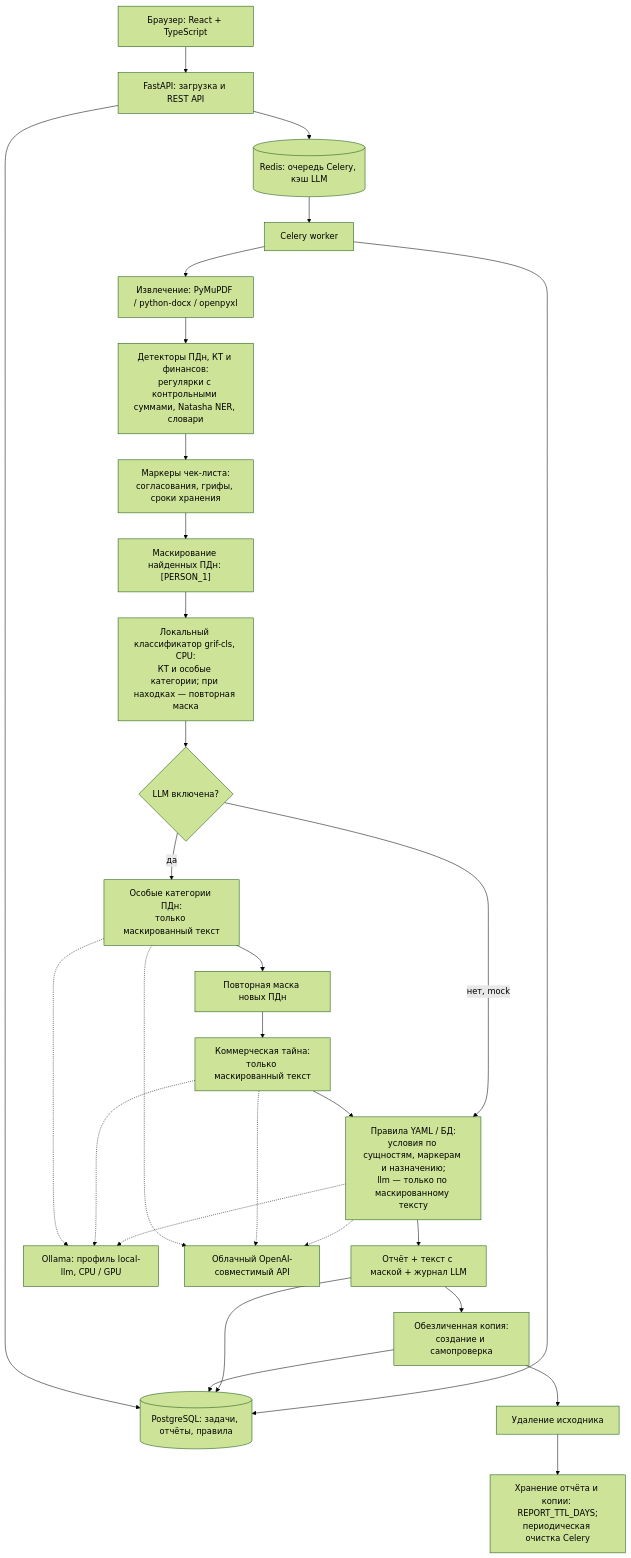
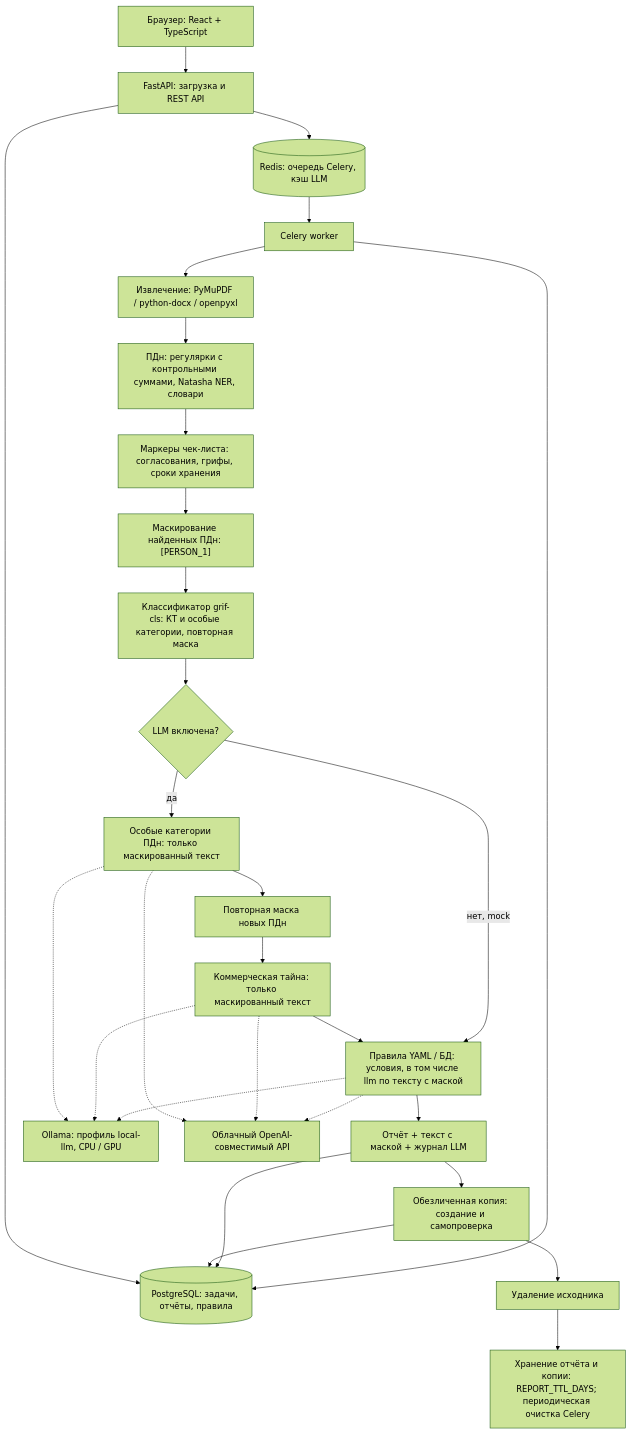
Before and after one commit to TheWoka/L.A.R.P-B2B: the first of 2 diagrams in docs/architecture.md, drawn with Mermaid (forest theme).

Commit message:
T-022c: совместимость схемы Mermaid с GitHub

````diff
--- a/docs/architecture.md
+++ b/docs/architecture.md
@@ -9,31 +9,31 @@
 ```mermaid
-flowchart TB
-    browser["Браузер: React + TypeScript"] --> api["FastAPI: загрузка и REST API"]
-    api --> db[("PostgreSQL: задачи, отчёты, правила")]
-    api --> redis[("Redis: очередь Celery, кэш LLM")]
-    redis --> worker["Celery worker"]
-    worker --> extract["Извлечение: PyMuPDF / python-docx / openpyxl"]
-    extract --> detect["Детекторы ПДн, КТ и финансов:<br/>регулярки с контрольными суммами, Natasha NER, словари"]
-    detect --> markers["Маркеры чек-листа:<br/>согласования, грифы, сроки хранения"]
-    markers --> mask["Маскирование найденных ПДн: [PERSON_1]"]
-    mask --> classifier["Локальный классификатор grif-cls, CPU:<br/>КТ и особые категории; при находках — повторная маска"]
-    classifier --> enabled{"LLM включена?"}
-    enabled -->|да| special["Особые категории ПДн:<br/>только маскированный текст"]
-    special --> remask["Повторная маска новых ПДн"]
-    remask --> trade["Коммерческая тайна:<br/>только маскированный текст"]
-    trade --> rules["Правила YAML / БД:<br/>условия по сущностям, маркерам и назначению;<br/>llm — только по маскированному тексту"]
-    enabled -->|нет, mock| rules
-    rules --> report["Отчёт + текст с маской + журнал LLM"]
-    report --> copy["Обезличенная копия:<br/>создание и самопроверка"]
-    copy --> deletion["Удаление исходника"]
-    copy --> db
-    report --> db
-    deletion --> ttl["Хранение отчёта и копии: REPORT_TTL_DAYS;<br/>периодическая очистка Celery"]
-    worker --> db
-    special -.-> ollama["Ollama: профиль local-llm, CPU / GPU"]
-    trade -.-> ollama
-    rules -.-> ollama
-    special -.-> cloud["Облачный OpenAI-совместимый API"]
-    trade -.-> cloud
-    rules -.-> cloud
+flowchart TD
+    B["Браузер: React + TypeScript"] --> A["FastAPI: загрузка и REST API"]
+    A --> D[("PostgreSQL: задачи, отчёты, правила")]
+    A --> R[("Redis: очередь Celery, кэш LLM")]
+    R --> W["Celery worker"]
+    W --> X["Извлечение: PyMuPDF / python-docx / openpyxl"]
+    X --> P["ПДн: регулярки с контрольными суммами, Natasha NER, словари"]
+    P --> K["Маркеры чек-листа: согласования, грифы, сроки хранения"]
+    K --> M["Маскирование найденных ПДн: [PERSON_1]"]
+    M --> C["Классификатор grif-cls: КТ и особые категории, повторная маска"]
+    C --> Q{"LLM включена?"}
+    Q -->|да| S["Особые категории ПДн: только маскированный текст"]
+    S --> N["Повторная маска новых ПДн"]
+    N --> T["Коммерческая тайна: только маскированный текст"]
+    T --> E["Правила YAML / БД: условия, в том числе llm по тексту с маской"]
+    Q -->|нет, mock| E
+    E --> F["Отчёт + текст с маской + журнал LLM"]
+    F --> G["Обезличенная копия: создание и самопроверка"]
+    G --> U["Удаление исходника"]
+    G --> D
+    F --> D
+    U --> H["Хранение отчёта и копии: REPORT_TTL_DAYS; периодическая очистка Celery"]
+    W --> D
+    S -.-> O["Ollama: профиль local-llm, CPU / GPU"]
+    T -.-> O
+    E -.-> O
+    S -.-> V["Облачный OpenAI-совместимый API"]
+    T -.-> V
+    E -.-> V
 ```
````
